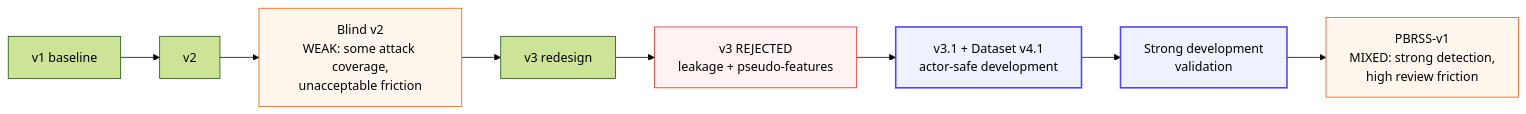
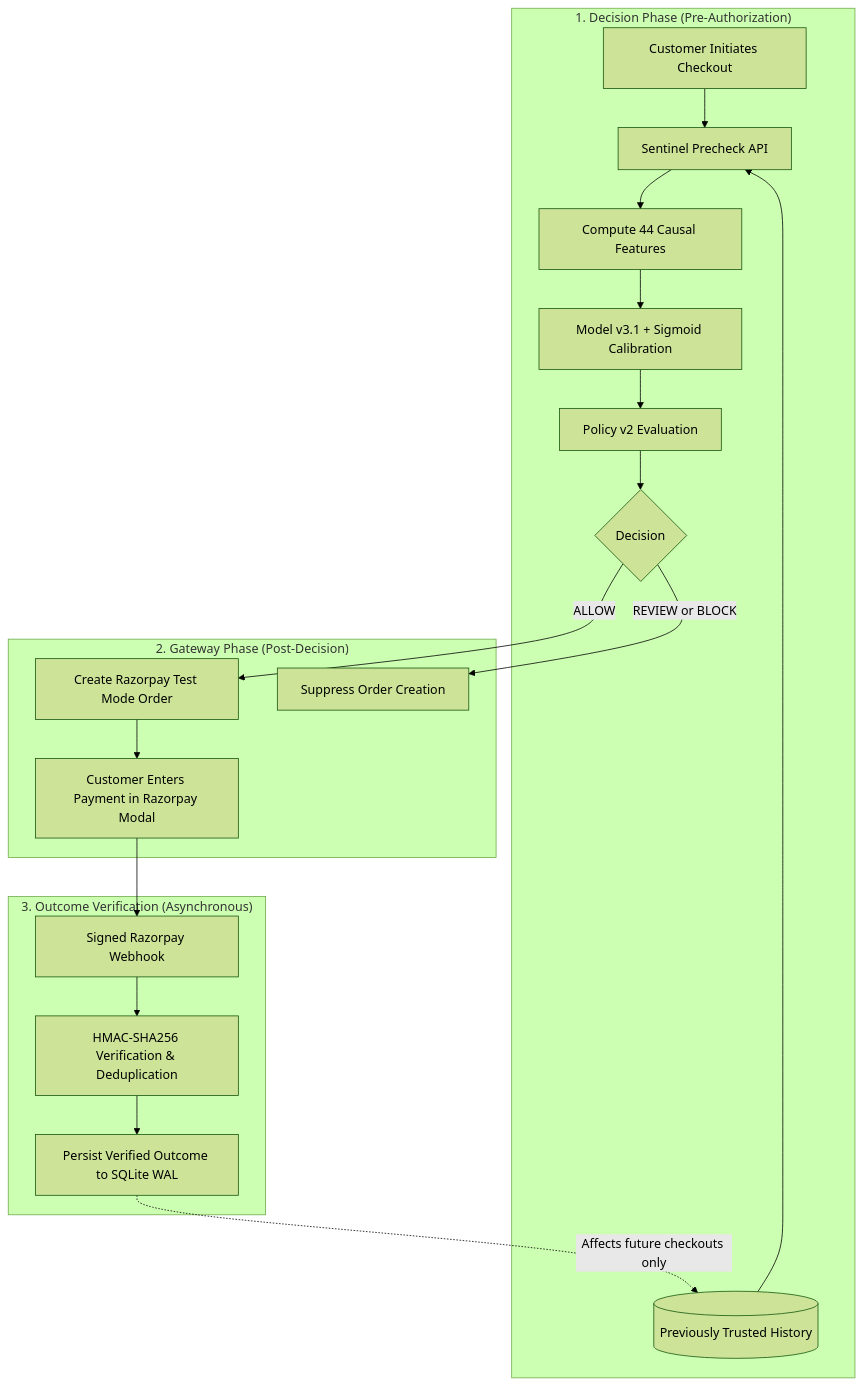
One commit to nirajj12/Card-Testing-Sentinel changed the second of 2 diagrams in README.md. Above: the diagram before and after it, drawn with Mermaid (forest theme). The commit also changed other lines of this file and 4 other files, not shown here.

````diff
--- a/README.md
+++ b/README.md
@@ -402,17 +137,24 @@
 ```mermaid
-flowchart LR
-    A[v1 baseline] --> B[v2]
-    B --> C[Blind v2<br/>WEAK: some attack coverage,<br/>unacceptable friction]
-    C --> D[v3 redesign]
-    D --> E[v3 REJECTED<br/>leakage + pseudo-features]
-    E --> F[v3.1 + Dataset v4.1<br/>actor-safe development]
-    F --> G[Strong development<br/>validation]
-    G --> H[PBRSS-v1<br/>MIXED: strong detection,<br/>high review friction]
+flowchart TD
+    subgraph Decision_Phase ["1. Decision Phase (Pre-Authorization)"]
+        A[Customer Initiates Checkout] --> B[Sentinel Precheck API]
+        C[(Previously Trusted History)] --> B
+        B --> D[Compute 44 Causal Features]
+        D --> E[Model v3.1 + Sigmoid Calibration]
+        E --> F[Policy v2 Evaluation]
+        F --> G{Decision}
+    end
 
-    classDef weak fill:#fff7ed,stroke:#ea580c;
-    classDef rejected fill:#fef2f2,stroke:#dc2626;
-    classDef current fill:#eef2ff,stroke:#4f46e5,stroke-width:2px;
-    class C,H weak;
-    class E rejected;
-    class F,G current;
+    subgraph Gateway_Phase ["2. Gateway Phase (Post-Decision)"]
+        G -->|ALLOW| H[Create Razorpay Test Mode Order]
+        G -->|REVIEW or BLOCK| I[Suppress Order Creation]
+        H --> J[Customer Enters Payment in Razorpay Modal]
+    end
+
+    subgraph Outcome_Phase ["3. Outcome Verification (Asynchronous)"]
+        J --> K[Signed Razorpay Webhook]
+        K --> L[HMAC-SHA256 Verification & Deduplication]
+        L --> M[Persist Verified Outcome to SQLite WAL]
+        M -. Affects future checkouts only .-> C
+    end
 ```
````
